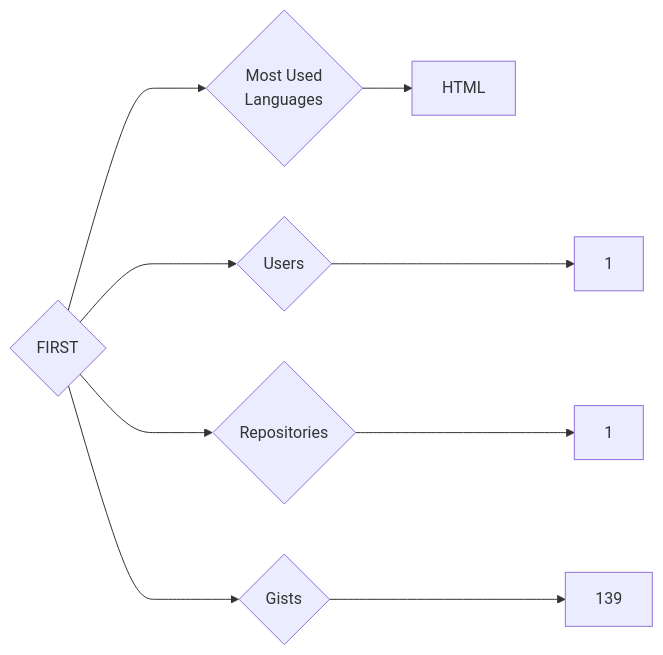
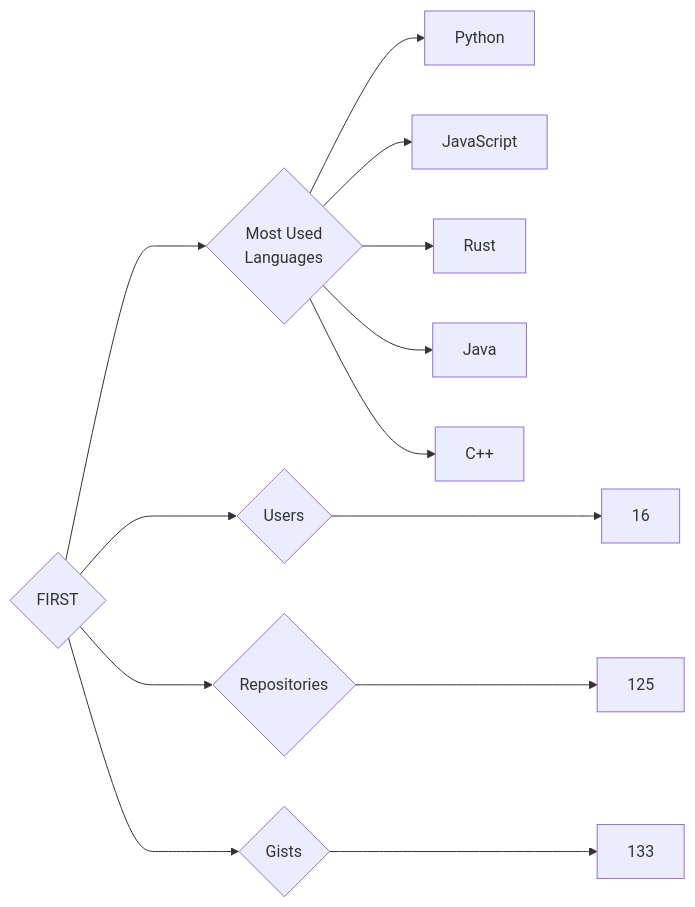
The diagram in targets/FIRST/README.md (trickest/insiders), drawn with Mermaid before and after one commit. The commit also changed 814 other files, not shown here.

````diff
--- a/targets/FIRST/README.md
+++ b/targets/FIRST/README.md
@@ -3,9 +3,13 @@
 ```mermaid
 graph LR
 COMPANY_NAME{FIRST}
-COMPANY_NAME ---> U{Users} ---> UN[1]
-COMPANY_NAME ---> R{Repositories} ---> RN[1]
-COMPANY_NAME ---> G{Gists} ---> GN[139]
+COMPANY_NAME ---> U{Users} ---> UN[16]
+COMPANY_NAME ---> R{Repositories} ---> RN[125]
+COMPANY_NAME ---> G{Gists} ---> GN[133]
 COMPANY_NAME ---> ML{Most Used<br>Languages}
-ML --> HTML[HTML]
+ML --> Python[Python]
+ML --> JavaScript[JavaScript]
+ML --> Rust[Rust]
+ML --> Java[Java]
+ML --> C++[C++]
 ```
````
